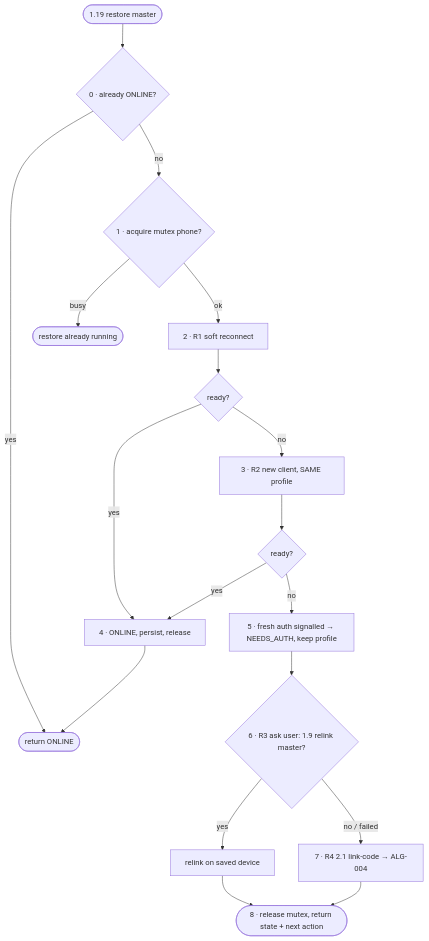
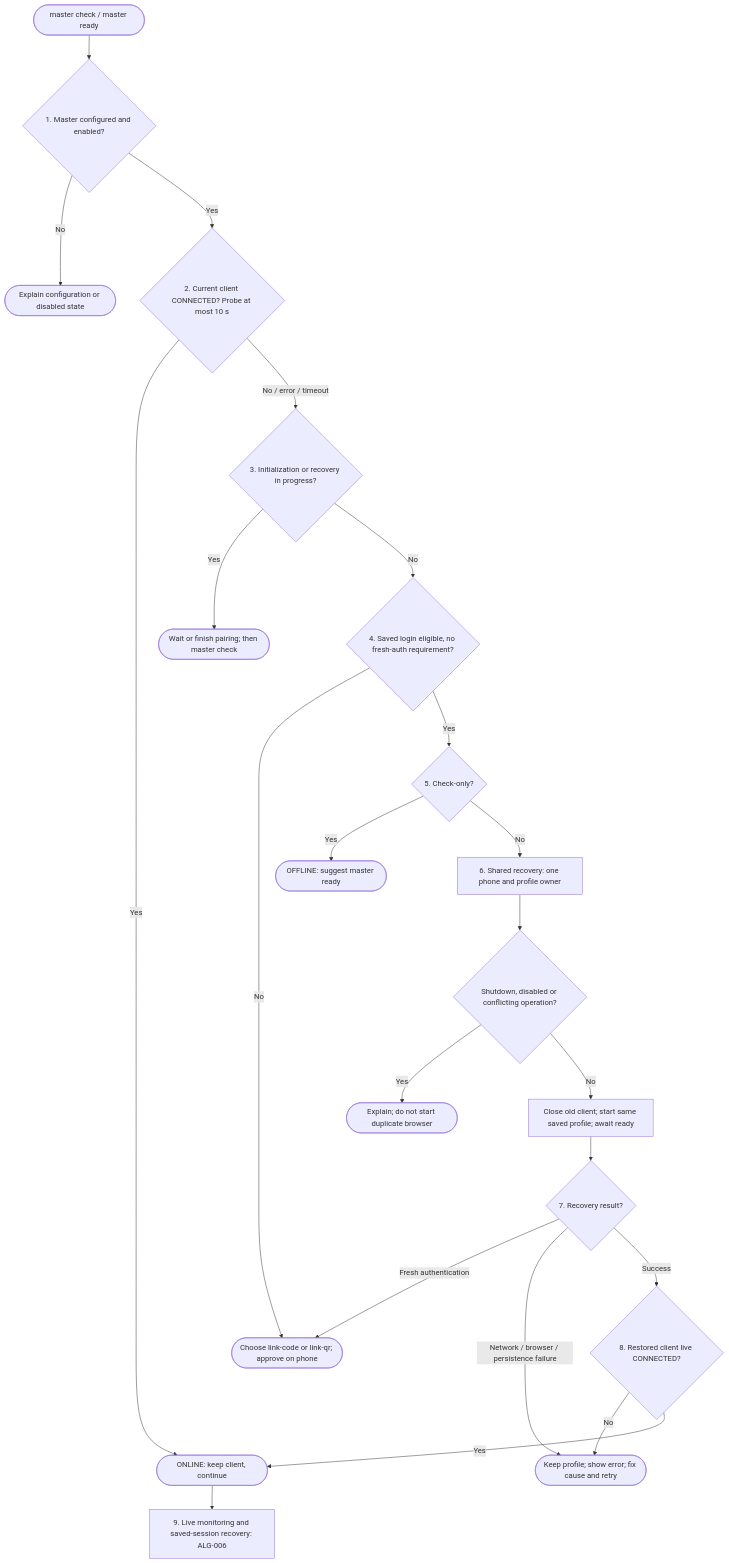
One commit to arslan9024/whatsapp-bot-linda changed the diagram in docs/plans/04-flowcharts/FC-003-master-restore.md. Above: the diagram before and after it, drawn with Mermaid. The commit also changed other lines of this file and 17 other files, not shown here.

First line of the commit message:
fix(sessions): hardened master restore and software reference docs

````diff
--- a/docs/plans/04-flowcharts/FC-003-master-restore.md
+++ b/docs/plans/04-flowcharts/FC-003-master-restore.md
@@ -10,20 +11,24 @@
 ```mermaid
 flowchart TD
-  S([1.19 restore master]) --> A0{"0 · already ONLINE?"}
-  A0 -- yes --> OK([return ONLINE])
-  A0 -- no --> A1{"1 · acquire mutex phone?"}
-  A1 -- busy --> BUSY([restore already running])
-  A1 -- ok --> A2["2 · R1 soft reconnect"]
-  A2 --> C2{"ready?"}
-  C2 -- yes --> A4["4 · ONLINE, persist, release"]
-  C2 -- no --> A3["3 · R2 new client, SAME profile"]
-  A3 --> C3{"ready?"}
-  C3 -- yes --> A4
-  C3 -- no --> A5["5 · fresh auth signalled → NEEDS_AUTH, keep profile"]
-  A5 --> A6{"6 · R3 ask user: 1.9 relink master?"}
-  A6 -- yes --> R3["relink on saved device"]
-  A6 -- no / failed --> A7["7 · R4 2.1 link-code → ALG-004"]
-  R3 --> A8
-  A7 --> A8(["8 · release mutex, return state + next action"])
-  A4 --> OK
+  S(["master check / master ready"]) --> A1{"1. Master configured and enabled?"}
+  A1 -- No --> STOP(["Explain configuration or disabled state"])
+  A1 -- Yes --> A2{"2. Current client CONNECTED? Probe at most 10 s"}
+  A2 -- Yes --> OK(["ONLINE: keep client, continue"])
+  A2 -- "No / error / timeout" --> A3{"3. Initialization or recovery in progress?"}
+  A3 -- Yes --> BUSY(["Wait or finish pairing; then master check"])
+  A3 -- No --> A4{"4. Saved login eligible, no fresh-auth requirement?"}
+  A4 -- No --> AUTH(["Choose link-code or link-qr; approve on phone"])
+  A4 -- Yes --> A5{"5. Check-only?"}
+  A5 -- Yes --> OFF(["OFFLINE: suggest master ready"])
+  A5 -- No --> A6["6. Shared recovery: one phone and profile owner"]
+  A6 --> GUARD{"Shutdown, disabled or conflicting operation?"}
+  GUARD -- Yes --> BLOCK(["Explain; do not start duplicate browser"])
+  GUARD -- No --> RESTORE["Close old client; start same saved profile; await ready"]
+  RESTORE --> A7{"7. Recovery result?"}
+  A7 -- "Fresh authentication" --> AUTH
+  A7 -- "Network / browser / persistence failure" --> FAIL(["Keep profile; show error; fix cause and retry"])
+  A7 -- Success --> A8{"8. Restored client live CONNECTED?"}
+  A8 -- No --> FAIL
+  A8 -- Yes --> OK
+  OK --> A9["9. Live monitoring and saved-session recovery: ALG-006"]
 ```
````
